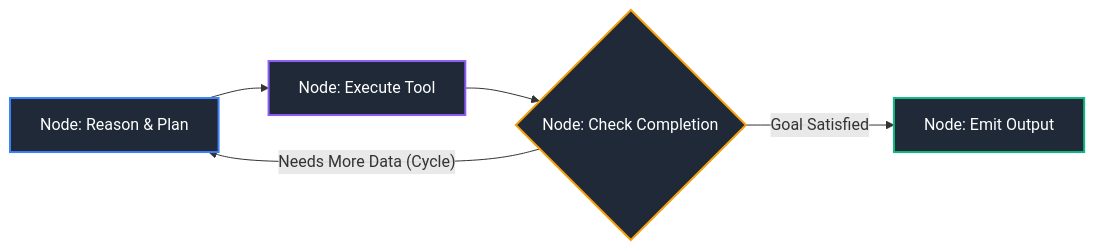
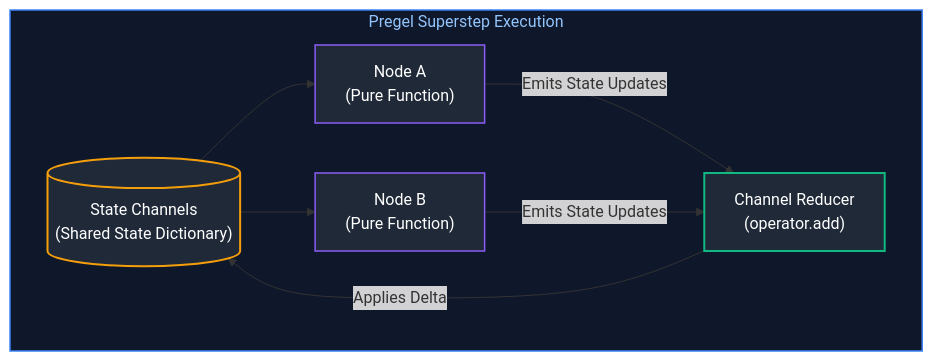
One commit to joydeep-biswas/Interview-Preparation changed diagram 11 of 13 in AI Engineering/07_ai_agents_and_workflow_orchestration.md. Above: the diagram before and after it, drawn with Mermaid. The commit also changed other lines of this file and 143 other files, not shown here.

````diff
--- a/AI Engineering/07_ai_agents_and_workflow_orchestration.md
+++ b/AI Engineering/07_ai_agents_and_workflow_orchestration.md
@@ -139,12 +711,20 @@
 ```mermaid
 flowchart LR
-    NodeA["Node: Reason & Plan"] --> NodeB["Node: Execute Tool"]
-    NodeB --> NodeC{"Node: Check Completion"}
-    NodeC -- Needs More Data (Cycle) --> NodeA
-    NodeC -- Goal Satisfied --> NodeD["Node: Emit Output"]
+    subgraph PregelSuperstep ["Pregel Superstep Execution"]
+        direction LR
+        StateChannels[("State Channels<br/>(Shared State Dictionary)")]
+        NodeA["Node A<br/>(Pure Function)"]
+        NodeB["Node B<br/>(Pure Function)"]
+        ReducerFunction["Channel Reducer<br/>(operator.add)"]
 
-    style NodeA fill:#1f2937,stroke:#3b82f6,stroke-width:2px,color:#fff
-    style NodeB fill:#1f2937,stroke:#8b5cf6,stroke-width:2px,color:#fff
-    style NodeC fill:#1f2937,stroke:#f59e0b,stroke-width:2px,color:#fff
-    style NodeD fill:#1f2937,stroke:#10b981,stroke-width:2px,color:#fff
+        StateChannels --> NodeA & NodeB
+        NodeA & NodeB -->|"Emits State Updates"| ReducerFunction
+        ReducerFunction -->|"Applies Delta"| StateChannels
+    end
+
+    style PregelSuperstep fill:#0f172a,stroke:#3b82f6,stroke-width:1.5px,color:#93c5fd
+    style StateChannels fill:#1f2937,stroke:#f59e0b,stroke-width:2px,color:#fff
+    style NodeA fill:#1f2937,stroke:#8b5cf6,stroke-width:1.5px,color:#fff
+    style NodeB fill:#1f2937,stroke:#8b5cf6,stroke-width:1.5px,color:#fff
+    style ReducerFunction fill:#1f2937,stroke:#10b981,stroke-width:2px,color:#fff
 ```
````
